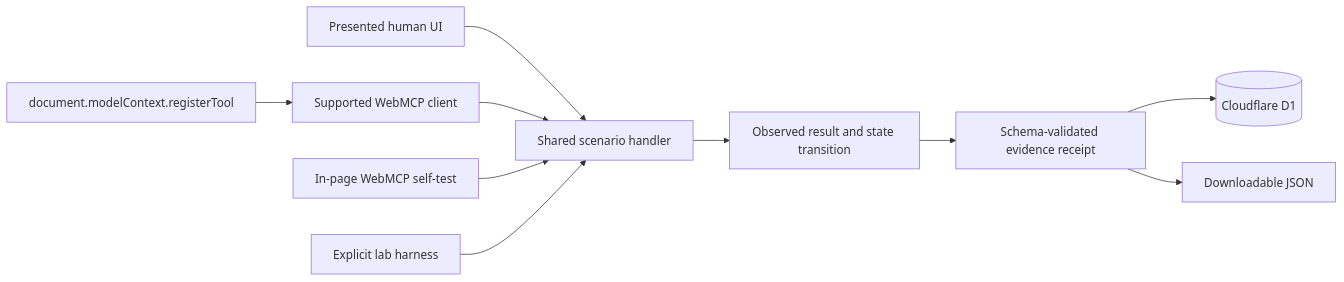
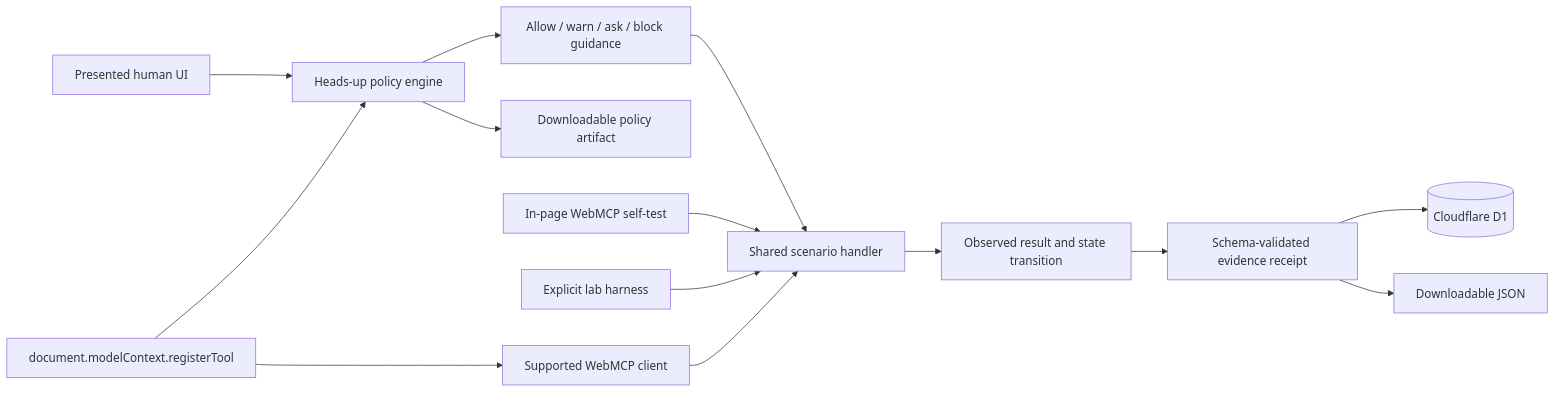
One commit to savage-content/webmcp-security-lab changed the diagram in docs/ARCHITECTURE.md. Above: the diagram before and after it, drawn with Mermaid. The commit also changed other lines of this file and 23 other files, not shown here.

Commit message:
Release WebMCP Security Lab v1

````diff
--- a/docs/ARCHITECTURE.md
+++ b/docs/ARCHITECTURE.md
@@ -9,12 +9,16 @@
 ```mermaid
 flowchart LR
-  H[Presented human UI] --> X[Shared scenario handler]
-  R[document.modelContext.registerTool] --> A[Supported WebMCP client]
+  H[Presented human UI] --> P[Heads-up policy engine]
+  R[document.modelContext.registerTool] --> P
+  P --> Q[Allow / warn / ask / block guidance]
+  Q --> X[Shared scenario handler]
+  R --> A[Supported WebMCP client]
   A --> X
   S[In-page WebMCP self-test] --> X
   F[Explicit lab harness] --> X
   X --> O[Observed result and state transition]
   O --> E[Schema-validated evidence receipt]
   E --> D[(Cloudflare D1)]
   E --> J[Downloadable JSON]
+  P --> G[Downloadable policy artifact]
 ```
````
